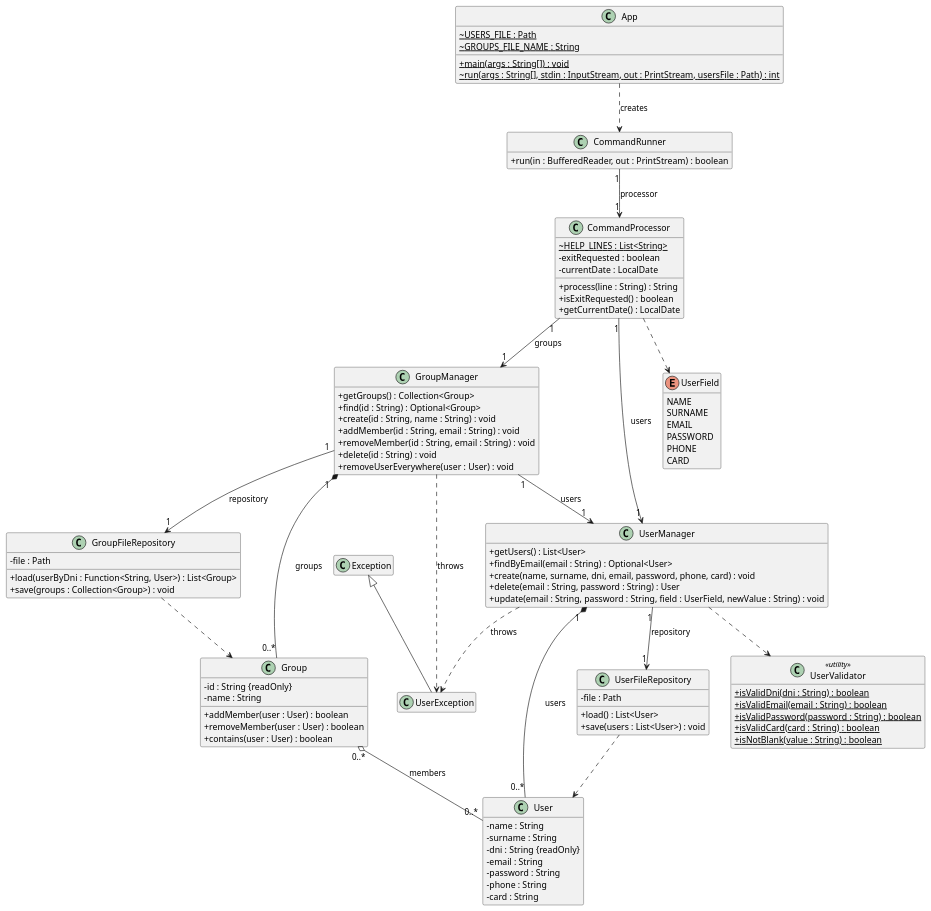
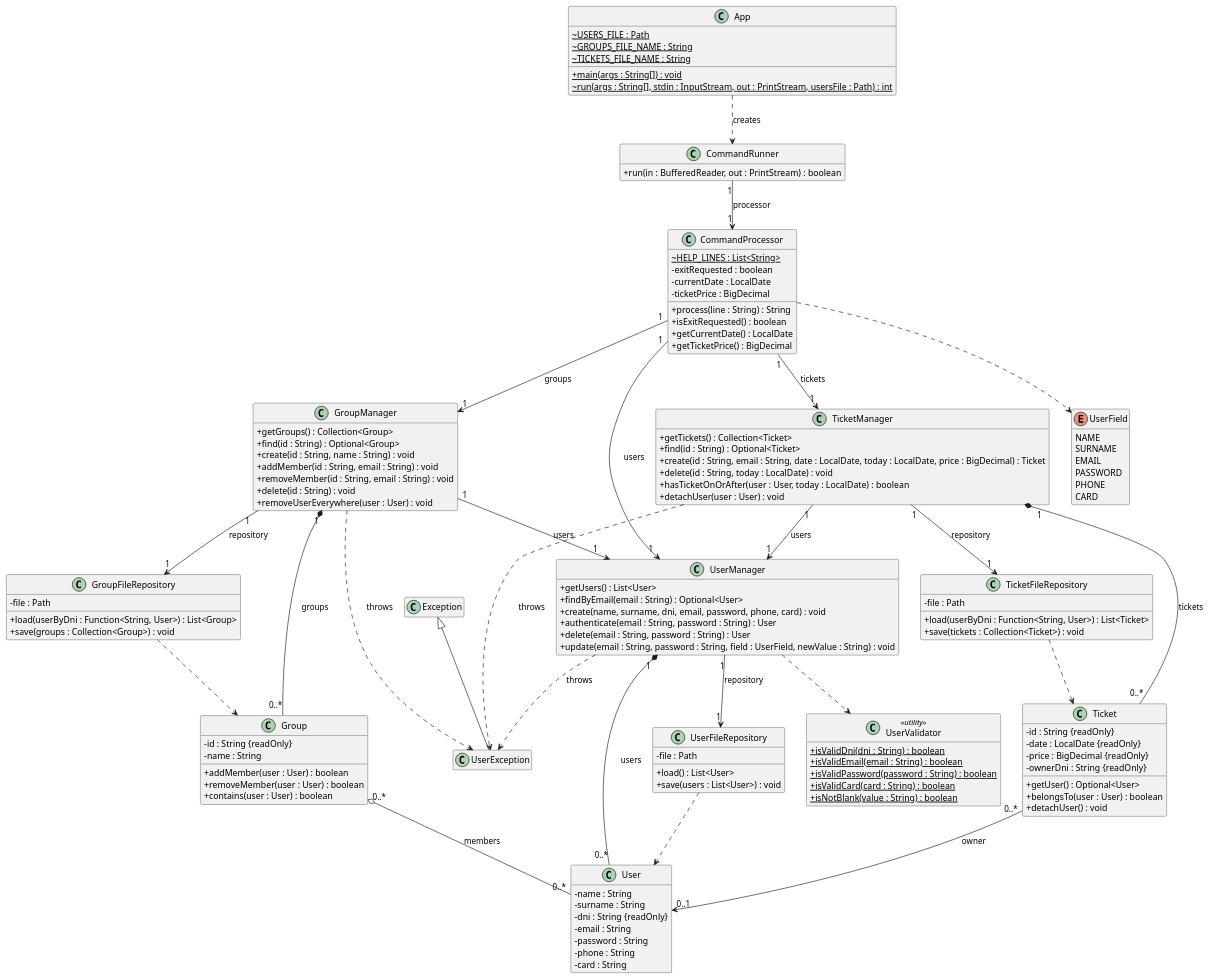
One commit to skai-upm/caise27 changed the diagram in docs/uml/model.puml. Above: the diagram before and after it, drawn with PlantUML. The commit also changed 28 other files, not shown here.

```diff
--- a/docs/uml/model.puml
+++ b/docs/uml/model.puml
@@ -1,114 +1,150 @@
 @startuml model
 ' Class model of the amusement-park application (package es.upm.etsisi.amusementpark).
 ' Keep in sync with src/main/java when classes or relationships change.
 
 skinparam classAttributeIconSize 0
 hide empty members
 
 class App {
   {static} ~USERS_FILE : Path
   {static} ~GROUPS_FILE_NAME : String
+  {static} ~TICKETS_FILE_NAME : String
   {static} +main(args : String[]) : void
   {static} ~run(args : String[], stdin : InputStream, out : PrintStream, usersFile : Path) : int
 }
 
 class CommandRunner {
   +run(in : BufferedReader, out : PrintStream) : boolean
 }
 
 class CommandProcessor {
   {static} ~HELP_LINES : List<String>
   -exitRequested : boolean
   -currentDate : LocalDate
+  -ticketPrice : BigDecimal
   +process(line : String) : String
   +isExitRequested() : boolean
   +getCurrentDate() : LocalDate
+  +getTicketPrice() : BigDecimal
 }
 
 class UserManager {
   +getUsers() : List<User>
   +findByEmail(email : String) : Optional<User>
   +create(name, surname, dni, email, password, phone, card) : void
+  +authenticate(email : String, password : String) : User
   +delete(email : String, password : String) : User
   +update(email : String, password : String, field : UserField, newValue : String) : void
 }
 
 class UserFileRepository {
   -file : Path
   +load() : List<User>
   +save(users : List<User>) : void
 }
 
 class User {
   -name : String
   -surname : String
   -dni : String {readOnly}
   -email : String
   -password : String
   -phone : String
   -card : String
 }
 
 enum UserField {
   NAME
   SURNAME
   EMAIL
   PASSWORD
   PHONE
   CARD
 }
 
 class UserValidator <<utility>> {
   {static} +isValidDni(dni : String) : boolean
   {static} +isValidEmail(email : String) : boolean
   {static} +isValidPassword(password : String) : boolean
   {static} +isValidCard(card : String) : boolean
   {static} +isNotBlank(value : String) : boolean
 }
 
 class UserException
 
 class GroupManager {
   +getGroups() : Collection<Group>
   +find(id : String) : Optional<Group>
   +create(id : String, name : String) : void
   +addMember(id : String, email : String) : void
   +removeMember(id : String, email : String) : void
   +delete(id : String) : void
   +removeUserEverywhere(user : User) : void
 }
 
 class GroupFileRepository {
   -file : Path
   +load(userByDni : Function<String, User>) : List<Group>
   +save(groups : Collection<Group>) : void
 }
 
 class Group {
   -id : String {readOnly}
   -name : String
   +addMember(user : User) : boolean
   +removeMember(user : User) : boolean
   +contains(user : User) : boolean
 }
 
+class TicketManager {
+  +getTickets() : Collection<Ticket>
+  +find(id : String) : Optional<Ticket>
+  +create(id : String, email : String, date : LocalDate, today : LocalDate, price : BigDecimal) : Ticket
+  +delete(id : String, today : LocalDate) : void
+  +hasTicketOnOrAfter(user : User, today : LocalDate) : boolean
+  +detachUser(user : User) : void
+}
+
+class TicketFileRepository {
+  -file : Path
+  +load(userByDni : Function<String, User>) : List<Ticket>
+  +save(tickets : Collection<Ticket>) : void
+}
+
+class Ticket {
+  -id : String {readOnly}
+  -date : LocalDate {readOnly}
+  -price : BigDecimal {readOnly}
+  -ownerDni : String {readOnly}
+  +getUser() : Optional<User>
+  +belongsTo(user : User) : boolean
+  +detachUser() : void
+}
+
 Exception <|-- UserException
 
 App ..> CommandRunner : creates
 CommandRunner "1" --> "1" CommandProcessor : processor
 CommandProcessor "1" --> "1" UserManager : users
 CommandProcessor "1" --> "1" GroupManager : groups
 CommandProcessor ..> UserField
 UserManager "1" --> "1" UserFileRepository : repository
 UserManager "1" *-- "0..*" User : users
 UserManager ..> UserValidator
 GroupManager "1" --> "1" GroupFileRepository : repository
 GroupManager "1" --> "1" UserManager : users
 GroupManager "1" *-- "0..*" Group : groups
 Group "0..*" o-- "0..*" User : members
+CommandProcessor "1" --> "1" TicketManager : tickets
+TicketManager "1" --> "1" TicketFileRepository : repository
+TicketManager "1" --> "1" UserManager : users
+TicketManager "1" *-- "0..*" Ticket : tickets
+Ticket "0..*" --> "0..1" User : owner
+TicketFileRepository ..> Ticket
+TicketManager ..> UserException : throws
 UserFileRepository ..> User
 GroupFileRepository ..> Group
 UserManager ..> UserException : throws
 GroupManager ..> UserException : throws
 
 @enduml
```
